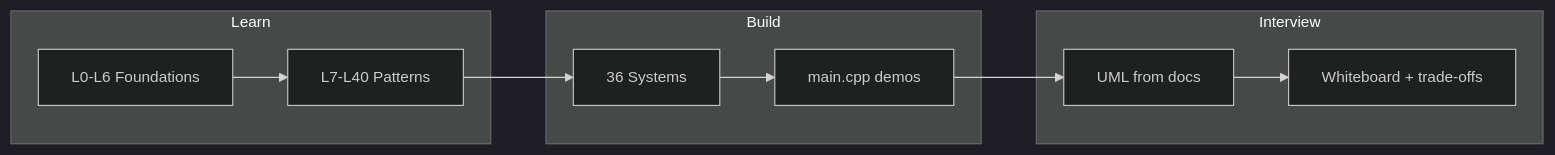
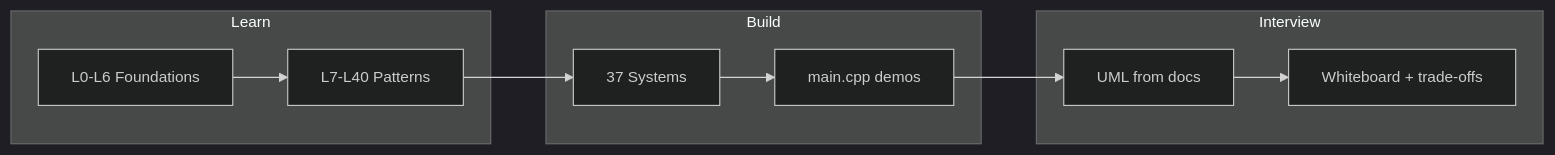
One commit to subhm2004/LLD changed the first of 3 diagrams in README.md. Above: the diagram before and after it, drawn with Mermaid. The commit also changed other lines of this file, not shown here.

````diff
--- a/README.md
+++ b/README.md
@@ -27,17 +29,17 @@
 ```mermaid
 %%{init: {'theme': 'dark', 'themeVariables': { 'fontSize': '14px'}}}%%
 flowchart LR
     subgraph learn [Learn]
         A[L0-L6 Foundations]
         B[L7-L40 Patterns]
     end
     subgraph build [Build]
-        C[36 Systems]
+        C[37 Systems]
         D[main.cpp demos]
     end
     subgraph ship [Interview]
         E[UML from docs]
         F[Whiteboard + trade-offs]
     end
     A --> B --> C --> D --> E --> F
 ```
````
